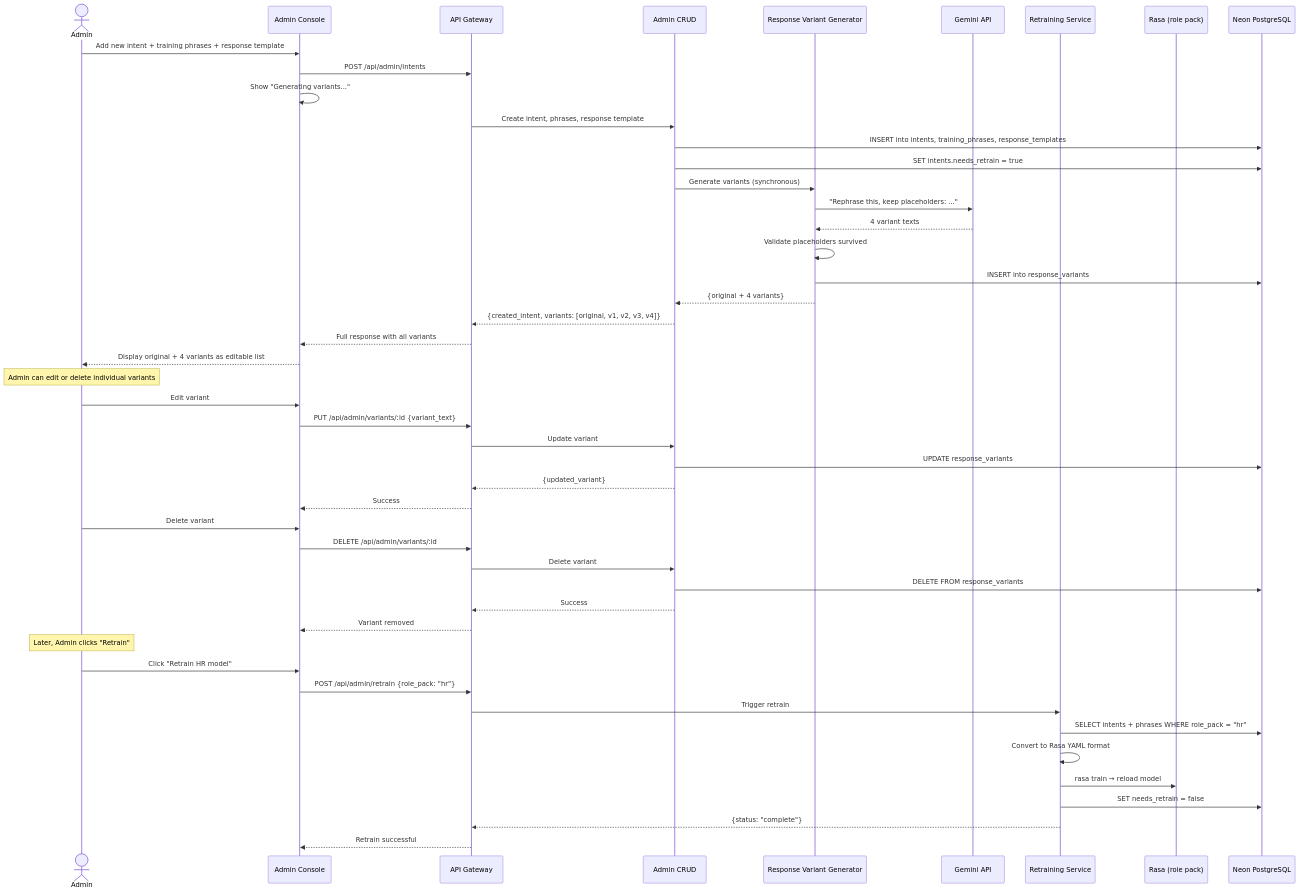
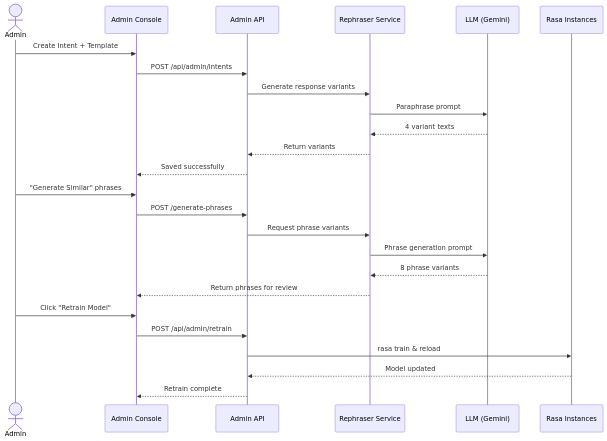
One commit to V-A-R-I-O/vario changed the fourth of 4 diagrams in docs/ADD.md. Above: the diagram before and after it, drawn with Mermaid. The commit also changed other lines of this file and 8 other files, not shown here.

````diff
--- a/docs/ADD.md
+++ b/docs/ADD.md
@@ -199,56 +111,30 @@
 ```mermaid
 sequenceDiagram
     actor Admin
     participant FE as Admin Console
-    participant GW as API Gateway
-    participant CRUD as Admin CRUD
-    participant RVG as Response Variant Generator
-    participant GEMINI as Gemini API
-    participant RETRAIN as Retraining Service
-    participant RASA as Rasa (role pack)
-    participant DB as Neon PostgreSQL
+    participant CRUD as Admin API
+    participant Rephraser as Rephraser Service
+    participant LLM as LLM (Gemini)
+    participant Rasa as Rasa Instances
 
-    Admin->>FE: Add new intent + training phrases + response template
-    FE->>GW: POST /api/admin/intents
-    FE->>FE: Show "Generating variants..."
-    GW->>CRUD: Create intent, phrases, response template
-    CRUD->>DB: INSERT into intents, training_phrases, response_templates
-    CRUD->>DB: SET intents.needs_retrain = true
-
-    CRUD->>RVG: Generate variants (synchronous)
-    RVG->>GEMINI: "Rephrase this, keep placeholders: ..."
-    GEMINI-->>RVG: 4 variant texts
-    RVG->>RVG: Validate placeholders survived
-    RVG->>DB: INSERT into response_variants
-    RVG-->>CRUD: {original + 4 variants}
-
-    CRUD-->>GW: {created_intent, variants: [original, v1, v2, v3, v4]}
-    GW-->>FE: Full response with all variants
-    FE-->>Admin: Display original + 4 variants as editable list
-
-    Note over Admin: Admin can edit or delete individual variants
-    Admin->>FE: Edit variant #2 text
-    FE->>GW: PUT /api/admin/variants/:id {variant_text}
-    GW->>CRUD: Update variant
-    CRUD->>DB: UPDATE response_variants
-    CRUD-->>GW: {updated_variant}
-    GW-->>FE: Success
-
-    Admin->>FE: Delete variant #4
-    FE->>GW: DELETE /api/admin/variants/:id
-    GW->>CRUD: Delete variant
-    CRUD->>DB: DELETE FROM response_variants
-    CRUD-->>GW: Success
-    GW-->>FE: Variant removed
-
-    Note over Admin: Later, Admin clicks "Retrain"
-    Admin->>FE: Click "Retrain HR model"
-    FE->>GW: POST /api/admin/retrain {role_pack: "hr"}
-    GW->>RETRAIN: Trigger retrain
-    RETRAIN->>DB: SELECT intents + phrases WHERE role_pack = "hr"
-    RETRAIN->>RETRAIN: Convert to Rasa YAML format
-    RETRAIN->>RASA: rasa train → reload model
-    RETRAIN->>DB: SET needs_retrain = false
-    RETRAIN-->>GW: {status: "complete"}
-    GW-->>FE: Retrain successful
+    Admin->>FE: Create Intent + Template
+    FE->>CRUD: POST /api/admin/intents
+    CRUD->>Rephraser: Generate response variants
+    Rephraser->>LLM: Paraphrase prompt
+    LLM-->>Rephraser: 4 variant texts
+    Rephraser-->>CRUD: Return variants
+    CRUD-->>FE: Saved successfully
+    
+    Admin->>FE: "Generate Similar" phrases
+    FE->>CRUD: POST /generate-phrases
+    CRUD->>Rephraser: Request phrase variants
+    Rephraser->>LLM: Phrase generation prompt
+    LLM-->>Rephraser: 8 phrase variants
+    Rephraser-->>FE: Return phrases for review
+    
+    Admin->>FE: Click "Retrain Model"
+    FE->>CRUD: POST /api/admin/retrain
+    CRUD->>Rasa: rasa train & reload
+    Rasa-->>CRUD: Model updated
+    CRUD-->>FE: Retrain complete
 ```
````
